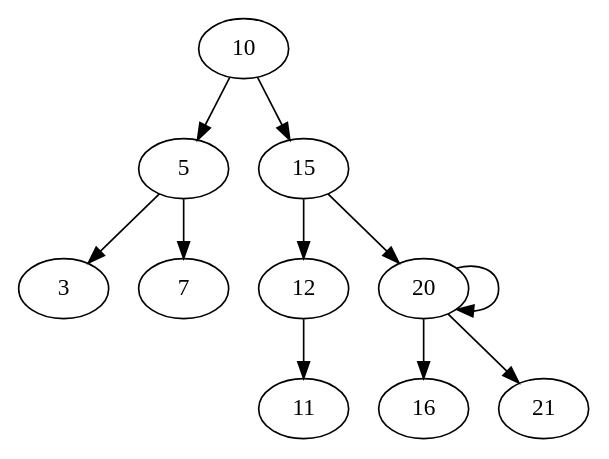
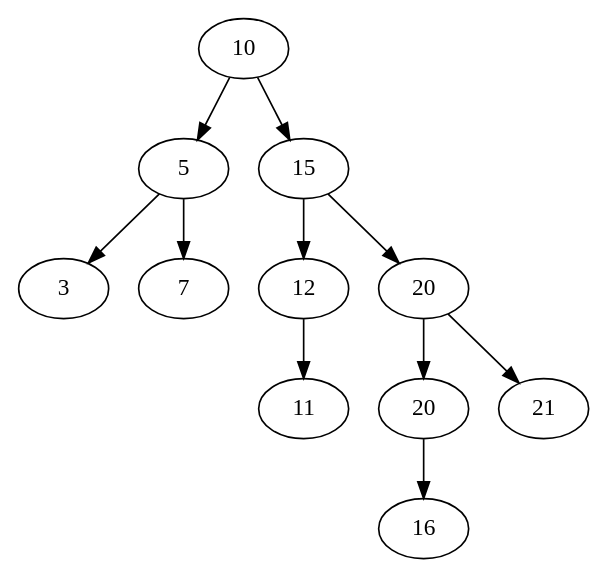
Before and after one commit to egor7531/Akinator: the diagram in Dump.dot, drawn with Graphviz. The commit also changed 2 other files, not shown here.

```diff
--- a/Dump.dot
+++ b/Dump.dot
@@ -1,11 +1,25 @@
 digraph Tree
 {
 rankdir = TB;
-10->5->3;
-5->7;
-10->15->12->11;
-12;
-15->20->20->16;
-20;
-20->21;
+node_15865200 [label = "10"];
+node_15865200 -> node_15865224;
+node_15865224 [label = "5"];
+node_15865224 -> node_15865344;
+node_15865344 [label = "3"];
+node_15865224 -> node_15865416;
+node_15865416 [label = "7"];
+node_15865200 -> node_15865248;
+node_15865248 [label = "15"];
+node_15865248 -> node_15865272;
+node_15865272 [label = "12"];
+node_15865272 -> node_15865320;
+node_15865320 [label = "11"];
+node_15865248 -> node_15865296;
+node_15865296 [label = "20"];
+node_15865296 -> node_15865368;
+node_15865368 [label = "20"];
+node_15865368 -> node_15865392;
+node_15865392 [label = "16"];
+node_15865296 -> node_15865440;
+node_15865440 [label = "21"];
 }
```
